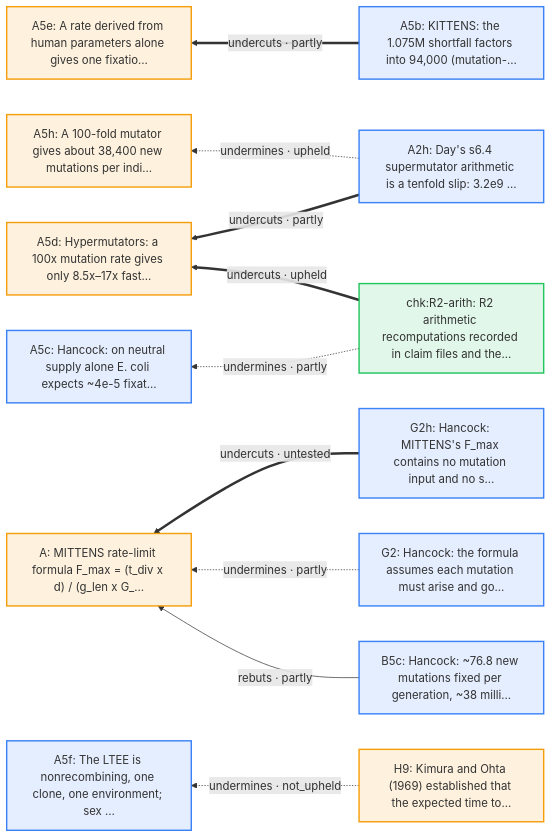
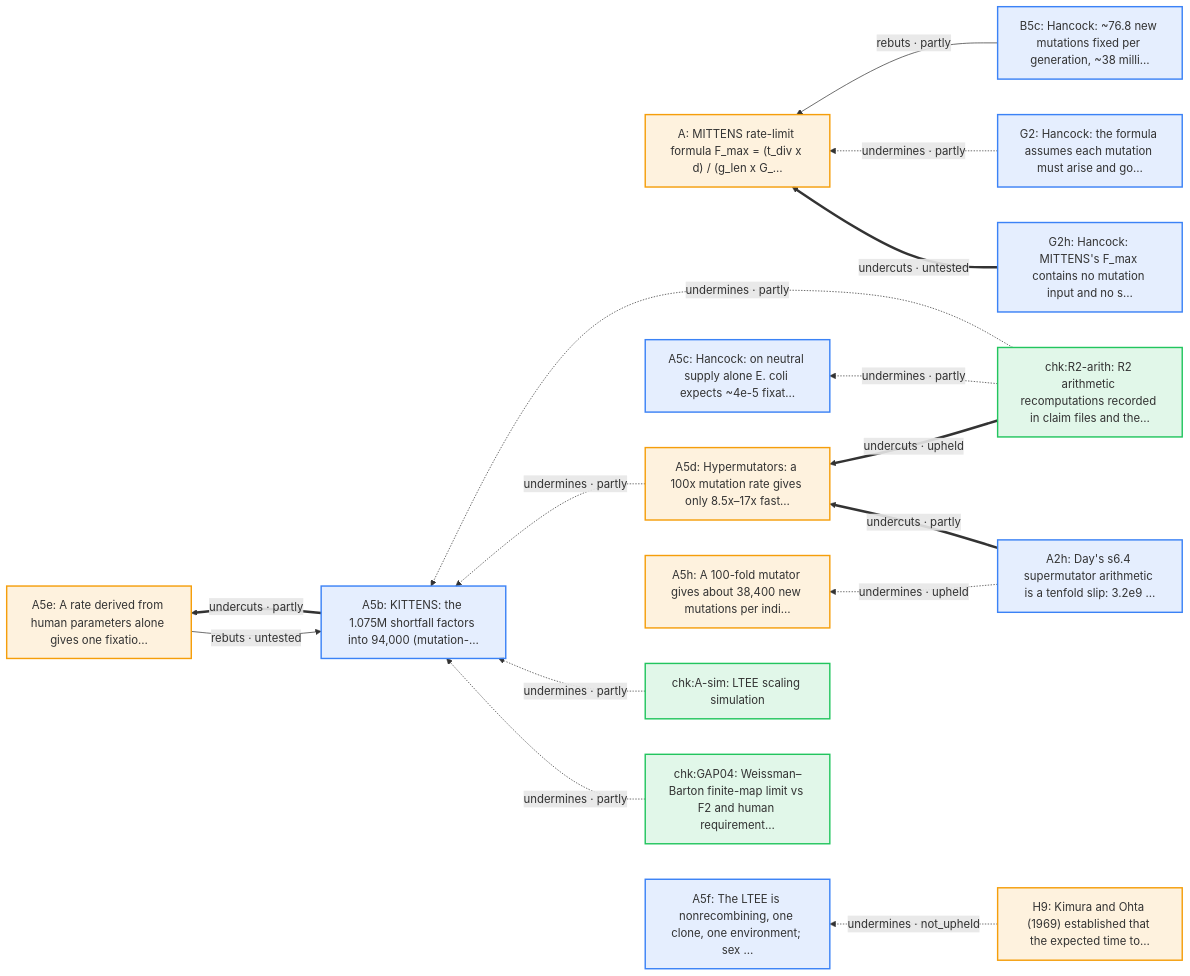
One commit to nickallevato/evo-sim changed the third of 23 diagrams in docs/arguments/defeaters.md. Above: the diagram before and after it, drawn with Mermaid. The commit also changed other lines of this file and 20 other files, not shown here.

````diff
--- a/docs/arguments/defeaters.md
+++ b/docs/arguments/defeaters.md
@@ -148,30 +145,37 @@
 ```mermaid
 flowchart RL
   classDef day fill:#f59e0b22,stroke:#f59e0b,stroke-width:2px
   classDef ally fill:#d9770622,stroke:#d97706,stroke-width:2px
   classDef critic fill:#3b82f622,stroke:#3b82f6,stroke-width:2px
   classDef literature fill:#a3a3a322,stroke:#a3a3a3,stroke-width:2px
   classDef audit fill:#22c55e22,stroke:#22c55e,stroke-width:2px
   A["A: MITTENS rate-limit formula F_max = (t_div x d) / (g_len x G_…"]:::day
   A2h["A2h: Day's s6.4 supermutator arithmetic is a tenfold slip: 3.2e9 …"]:::critic
   A5b["A5b: KITTENS: the 1.075M shortfall factors into 94,000 (mutation-…"]:::critic
   A5c["A5c: Hancock: on neutral supply alone E. coli expects ~4e-5 fixat…"]:::critic
   A5d["A5d: Hypermutators: a 100x mutation rate gives only 8.5x–17x fast…"]:::day
   A5e["A5e: A rate derived from human parameters alone gives one fixatio…"]:::day
   A5f["A5f: The LTEE is nonrecombining, one clone, one environment; sex …"]:::critic
   A5h["A5h: A 100-fold mutator gives about 38,400 new mutations per indi…"]:::day
   B5c["B5c: Hancock: ~76.8 new mutations fixed per generation, ~38 milli…"]:::critic
   G2["G2: Hancock: the formula assumes each mutation must arise and go…"]:::critic
   G2h["G2h: Hancock: MITTENS's F_max contains no mutation input and no s…"]:::critic
   H9["H9: Kimura and Ohta (1969) established that the expected time to…"]:::day
+  chk_A_sim["chk:A-sim: LTEE scaling simulation"]:::audit
+  chk_GAP04["chk:GAP04: Weissman–Barton finite-map limit vs F2 and human requirement…"]:::audit
   chk_R2_arith["chk:R2-arith: R2 arithmetic recomputations recorded in claim files and the…"]:::audit
+  A5d -.->|"undermines · partly"| A5b
+  A5e -->|"rebuts · untested"| A5b
+  chk_A_sim -.->|"undermines · partly"| A5b
+  chk_R2_arith -.->|"undermines · partly"| A5b
+  chk_GAP04 -.->|"undermines · partly"| A5b
   chk_R2_arith -.->|"undermines · partly"| A5c
   A2h ==>|"undercuts · partly"| A5d
   chk_R2_arith ==>|"undercuts · upheld"| A5d
   A5b ==>|"undercuts · partly"| A5e
   H9 -.->|"undermines · not_upheld"| A5f
   A2h -.->|"undermines · upheld"| A5h
   B5c -->|"rebuts · partly"| A
   G2 -.->|"undermines · partly"| A
   G2h ==>|"undercuts · untested"| A
 ```
````
